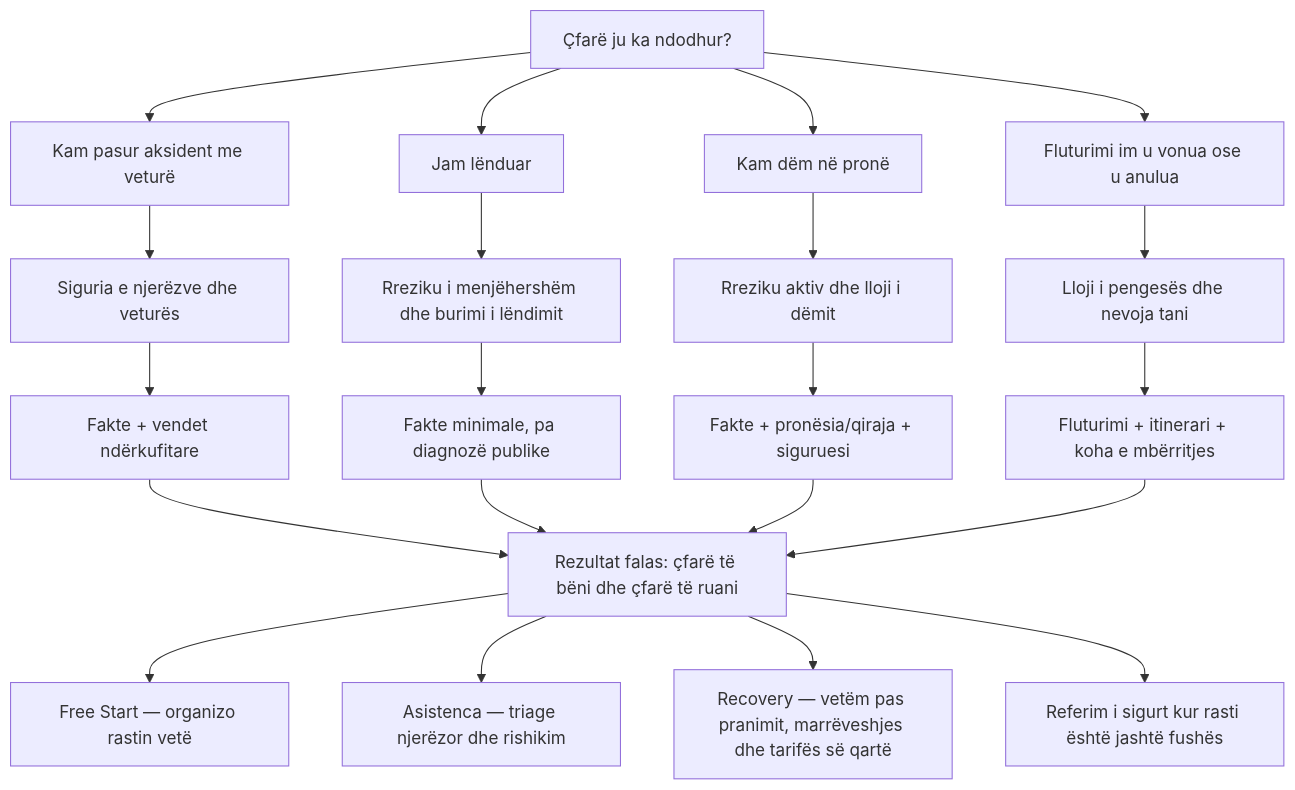
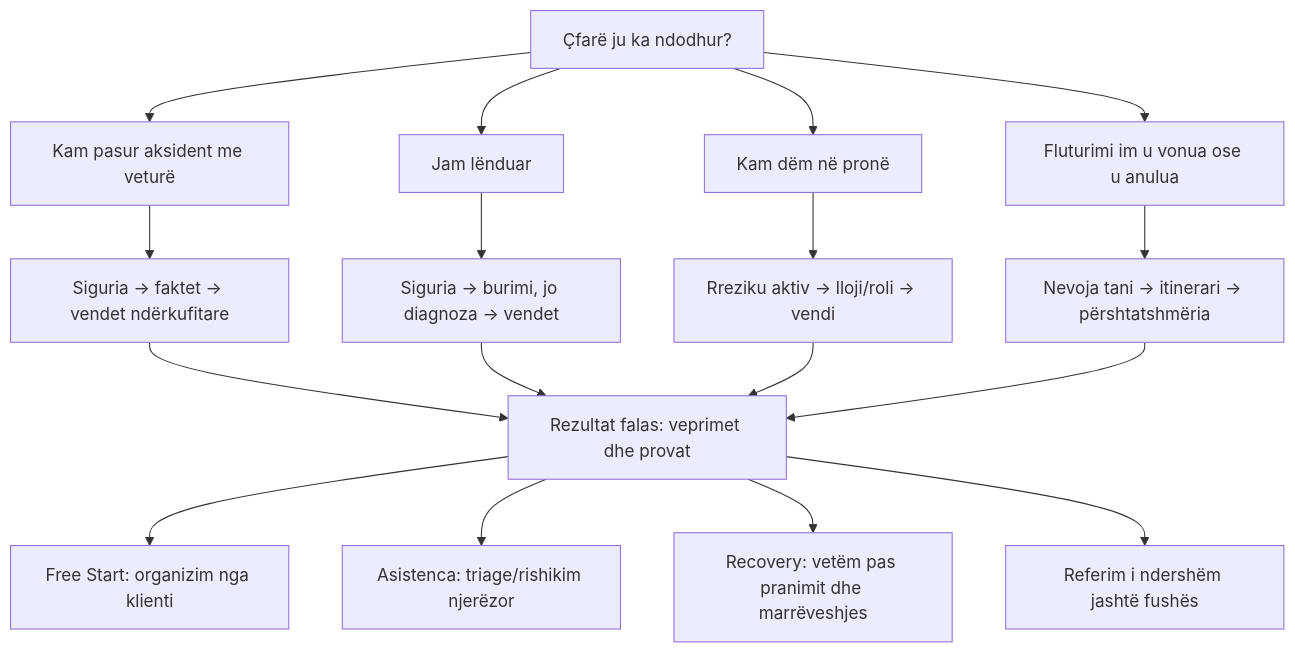
The diagram in docs/plans/2026-07-14-ida-dg09-complete-public-help-now-journey-map.md (interdomestik/interdomestik), drawn with Mermaid before and after one commit. The commit also changed other lines of this file and 4 other files, not shown here.

````diff
--- a/docs/plans/2026-07-14-ida-dg09-complete-public-help-now-journey-map.md
+++ b/docs/plans/2026-07-14-ida-dg09-complete-public-help-now-journey-map.md
@@ -25,27 +24,19 @@
 ```mermaid
 flowchart TD
   H["Çfarë ju ka ndodhur?"] --> V["Kam pasur aksident me veturë"]
   H --> I["Jam lënduar"]
   H --> P["Kam dëm në pronë"]
   H --> F["Fluturimi im u vonua ose u anulua"]
-
-  V --> VS["Siguria e njerëzve dhe veturës"]
-  I --> IS["Rreziku i menjëhershëm dhe burimi i lëndimit"]
-  P --> PS["Rreziku aktiv dhe lloji i dëmit"]
-  F --> FS["Lloji i pengesës dhe nevoja tani"]
-
-  VS --> VF["Fakte + vendet ndërkufitare"]
-  IS --> IF["Fakte minimale, pa diagnozë publike"]
-  PS --> PF["Fakte + pronësia/qiraja + siguruesi"]
-  FS --> FF["Fluturimi + itinerari + koha e mbërritjes"]
-
-  VF --> O["Rezultat falas: çfarë të bëni dhe çfarë të ruani"]
-  IF --> O
-  PF --> O
-  FF --> O
-
-  O --> C1["Free Start — organizo rastin vetë"]
-  O --> C2["Asistenca — triage njerëzor dhe rishikim"]
-  O --> C3["Recovery — vetëm pas pranimit, marrëveshjes dhe tarifës së qartë"]
-  O --> C4["Referim i sigurt kur rasti është jashtë fushës"]
+  V --> VS["Siguria → faktet → vendet ndërkufitare"]
+  I --> IS["Siguria → burimi, jo diagnoza → vendet"]
+  P --> PS["Rreziku aktiv → lloji/roli → vendi"]
+  F --> FS["Nevoja tani → itinerari → përshtatshmëria"]
+  VS --> O["Rezultat falas: veprimet dhe provat"]
+  IS --> O
+  PS --> O
+  FS --> O
+  O --> C1["Free Start: organizim nga klienti"]
+  O --> C2["Asistenca: triage/rishikim njerëzor"]
+  O --> C3["Recovery: vetëm pas pranimit dhe marrëveshjes"]
+  O --> C4["Referim i ndershëm jashtë fushës"]
 ```
````
